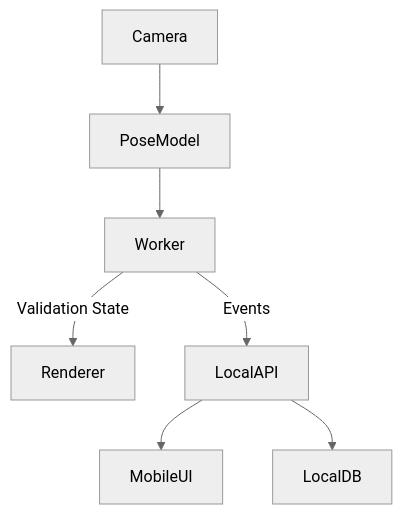
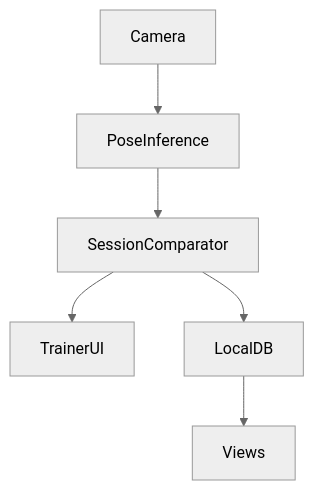
One commit to egxn/kinkagami changed the first of 3 diagrams in ARCHITECTURE.md. Above: the diagram before and after it, drawn with Mermaid (neutral theme). The commit also changed other lines of this file and 77 other files, not shown here.

````diff
--- a/ARCHITECTURE.md
+++ b/ARCHITECTURE.md
@@ -27,9 +19,8 @@
 ```mermaid
 graph TD
-  Camera --> PoseModel
-  PoseModel --> Worker
-  Worker -->|Validation State| Renderer
-  Worker -->|Events| LocalAPI
-  LocalAPI --> MobileUI
-  LocalAPI --> LocalDB
+  Camera --> PoseInference
+  PoseInference --> SessionComparator
+  SessionComparator --> TrainerUI
+  SessionComparator --> LocalDB
+  LocalDB --> Views
 ```
````
